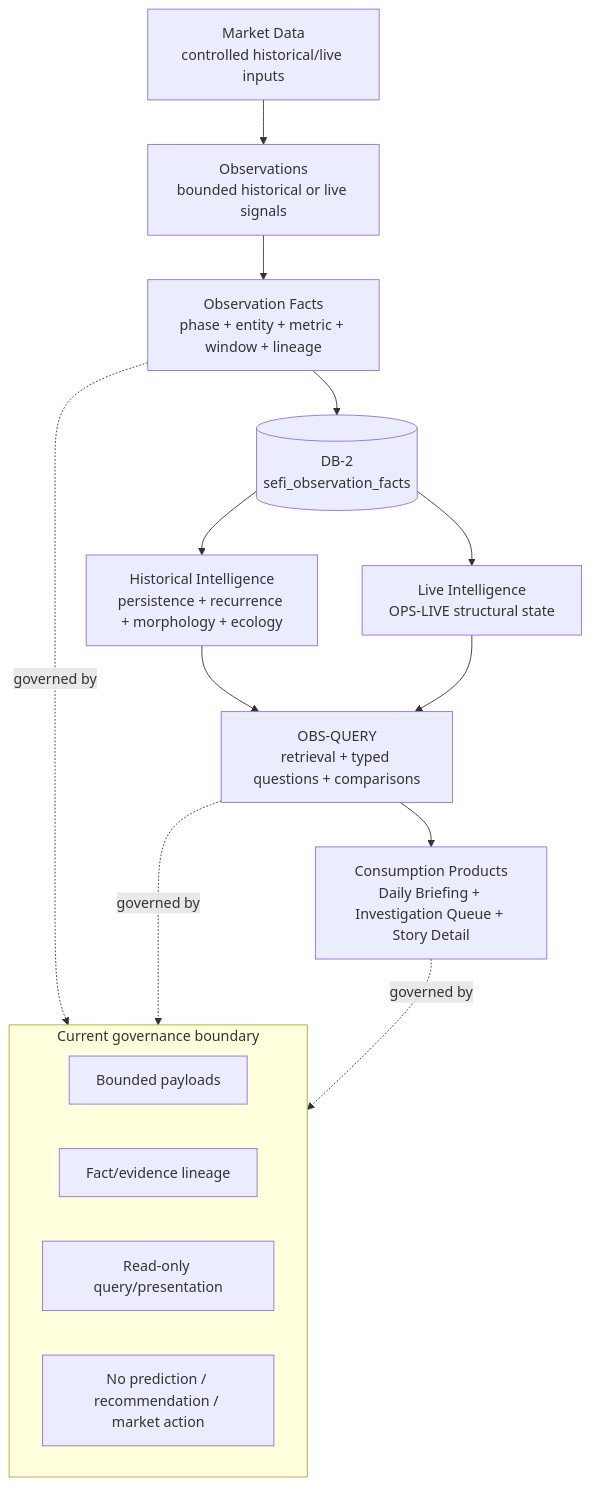
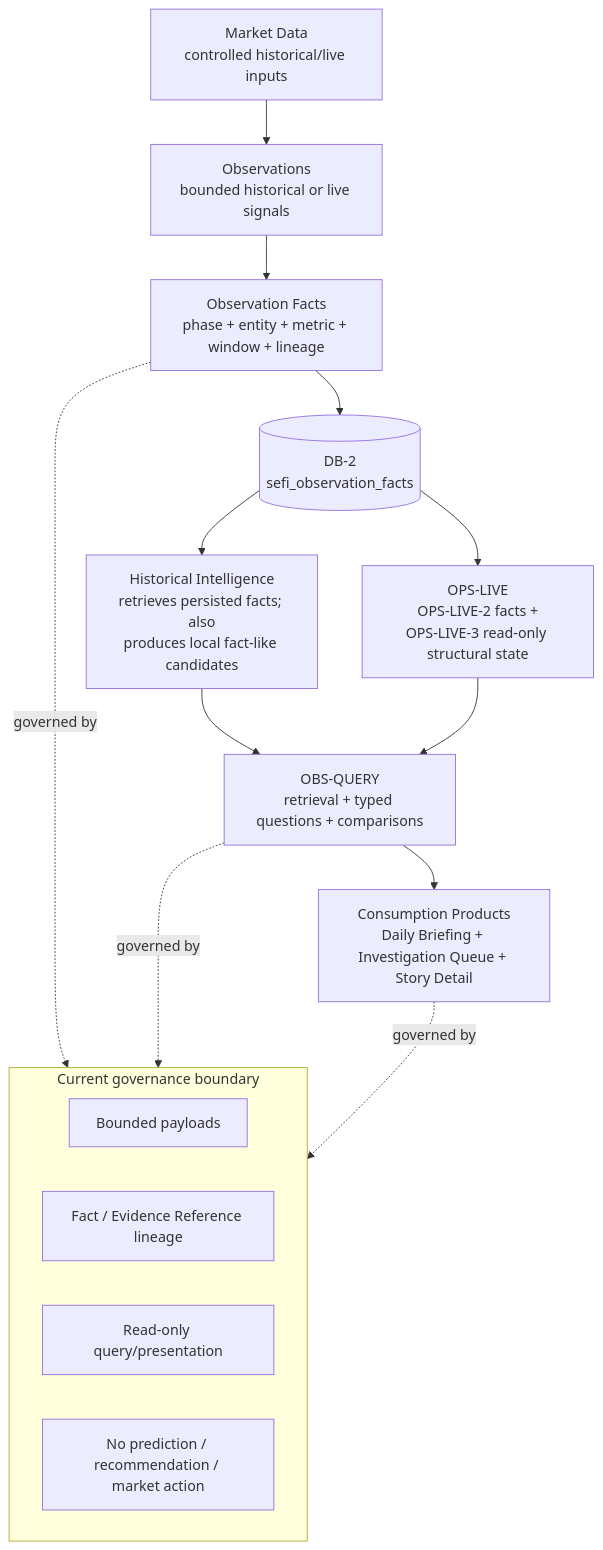
One commit to qeqeqeqeai-sys/ai-portfolio-production-pipeline changed the diagram in whitepaper_source_pack/diagrams/sefi_end_to_end_architecture.md. Above: the diagram before and after it, drawn with Mermaid. The commit also changed 18 other files, not shown here.

Commit message:
Normalize source pack architecture semantics

````diff
--- a/whitepaper_source_pack/diagrams/sefi_end_to_end_architecture.md
+++ b/whitepaper_source_pack/diagrams/sefi_end_to_end_architecture.md
@@ -3,30 +3,32 @@
 ```mermaid
 flowchart TD
     A[Market Data
 controlled historical/live inputs] --> B[Observations
 bounded historical or live signals]
     B --> C[Observation Facts
 phase + entity + metric + window + lineage]
     C --> D[(DB-2
 sefi_observation_facts)]
     D --> E[Historical Intelligence
-persistence + recurrence + morphology + ecology]
-    D --> F[Live Intelligence
-OPS-LIVE structural state]
+retrieves persisted facts; also
+produces local fact-like candidates]
+    D --> F[OPS-LIVE
+OPS-LIVE-2 facts +
+OPS-LIVE-3 read-only structural state]
     E --> G[OBS-QUERY
 retrieval + typed questions + comparisons]
     F --> G
     G --> H[Consumption Products
 Daily Briefing + Investigation Queue + Story Detail]
 
     subgraph Governance[Current governance boundary]
         I[Bounded payloads]
-        J[Fact/evidence lineage]
+        J[Fact / Evidence Reference lineage]
         K[Read-only query/presentation]
         L[No prediction / recommendation / market action]
     end
 
     C -. governed by .-> Governance
     G -. governed by .-> Governance
     H -. governed by .-> Governance
 ```
````
